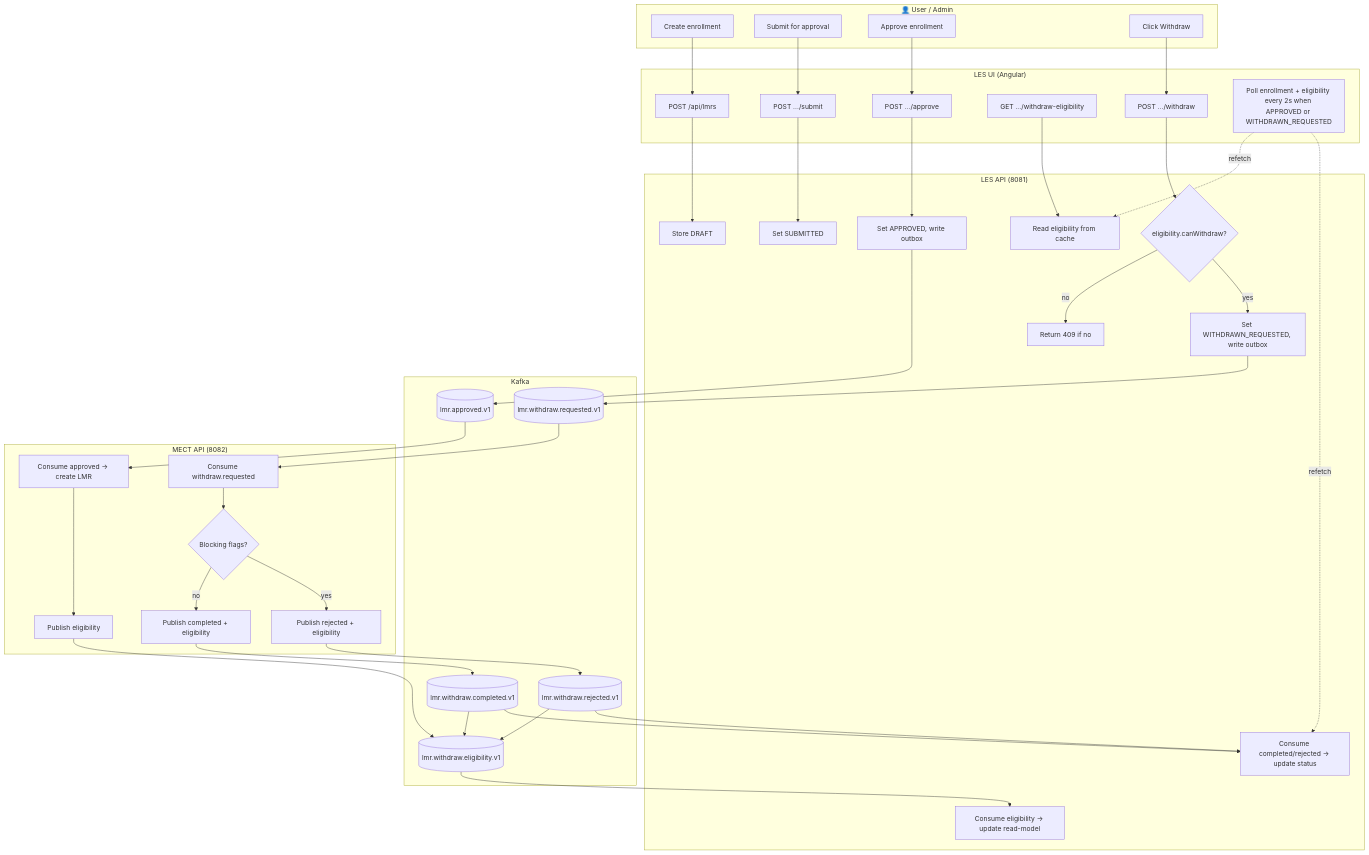
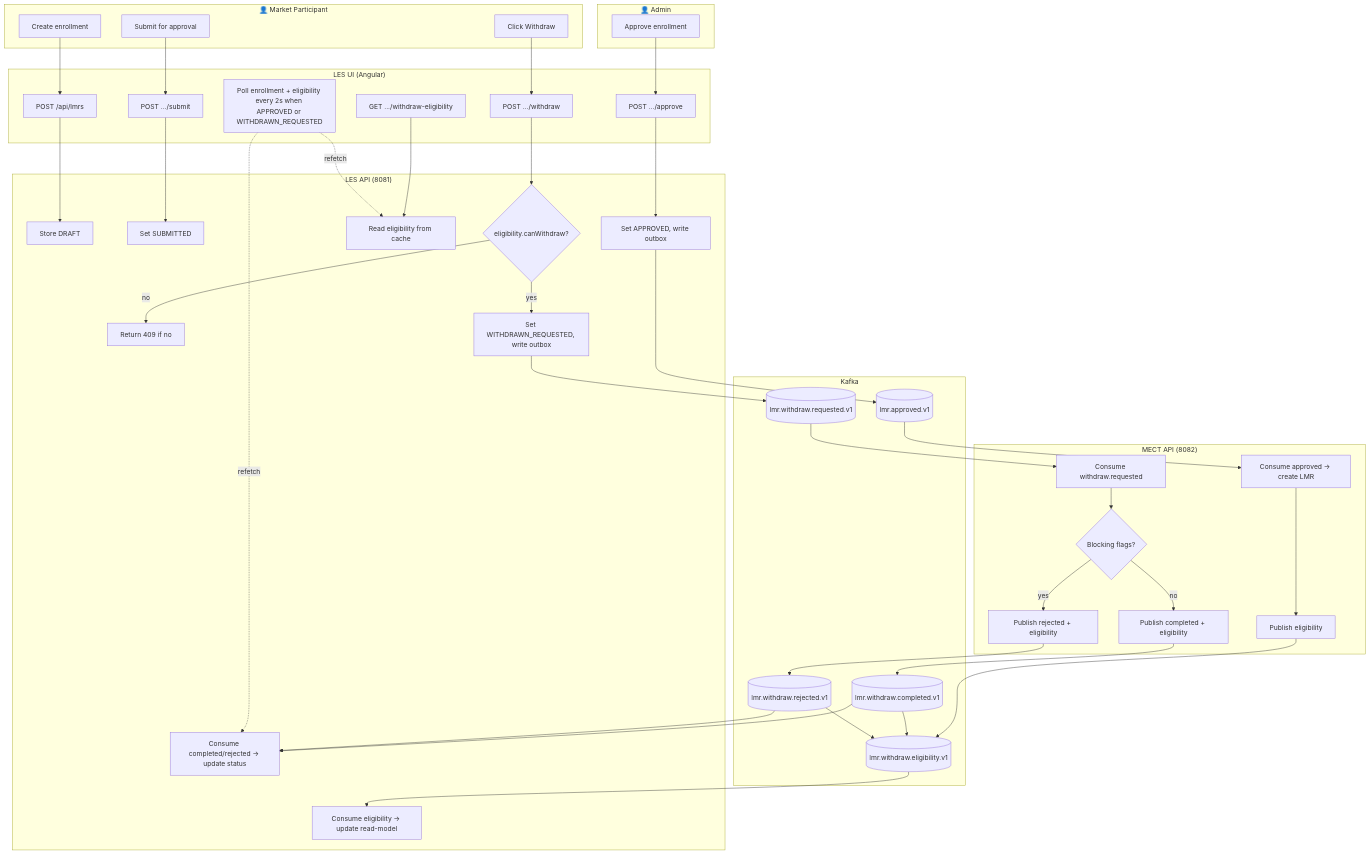
One commit to dtaylor-us/LES-to-MECT-Integration-PoC changed the third of 14 diagrams in docs/integration-flow-diagrams.md. Above: the diagram before and after it, drawn with Mermaid. The commit also changed other lines of this file and 5 other files, not shown here.

````diff
--- a/docs/integration-flow-diagrams.md
+++ b/docs/integration-flow-diagrams.md
@@ -65,66 +65,69 @@
 ```mermaid
 flowchart TB
-    subgraph User ["👤 User / Admin"]
+    subgraph MP ["👤 Market Participant"]
         A1[Create enrollment]
         A2[Submit for approval]
+        A4[Click Withdraw]
+    end
+
+    subgraph Admin ["👤 Admin"]
         A3[Approve enrollment]
-        A4[Click Withdraw]
     end
 
     subgraph LES_UI ["LES UI (Angular)"]
         U1[POST /api/lmrs]
         U2[POST .../submit]
         U3[POST .../approve]
         U4[GET .../withdraw-eligibility]
         U5[POST .../withdraw]
         U6[Poll enrollment + eligibility every 2s when APPROVED or WITHDRAWN_REQUESTED]
     end
 
     subgraph LES_API ["LES API (8081)"]
         L1[Store DRAFT]
         L2[Set SUBMITTED]
         L3[Set APPROVED, write outbox]
         L4[Read eligibility from cache]
         L5{eligibility.canWithdraw?}
         L6[Return 409 if no]
         L7[Set WITHDRAWN_REQUESTED, write outbox]
         L8[Consume completed/rejected → update status]
         L9[Consume eligibility → update read-model]
     end
 
     subgraph Kafka ["Kafka"]
         K1[(lmr.approved.v1)]
         K2[(lmr.withdraw.requested.v1)]
         K3[(lmr.withdraw.eligibility.v1)]
         K4[(lmr.withdraw.completed.v1)]
         K5[(lmr.withdraw.rejected.v1)]
     end
 
     subgraph MECT_API ["MECT API (8082)"]
         M1[Consume approved → create LMR]
         M2[Publish eligibility]
         M3[Consume withdraw.requested]
         M4{Blocking flags?}
         M5[Publish completed + eligibility]
         M6[Publish rejected + eligibility]
     end
 
     A1 --> U1 --> L1
     A2 --> U2 --> L2
     A3 --> U3 --> L3 --> K1
     K1 --> M1 --> M2 --> K3
     K3 --> L9
 
     U4 --> L4
     A4 --> U5 --> L5
     L5 -->|no| L6
     L5 -->|yes| L7 --> K2
     K2 --> M3 --> M4
     M4 -->|no| M5 --> K4 --> K3
     M4 -->|yes| M6 --> K5 --> K3
     K4 --> L8
     K5 --> L8
 
     U6 -.->|refetch| L4
     U6 -.->|refetch| L8
 ```
````
